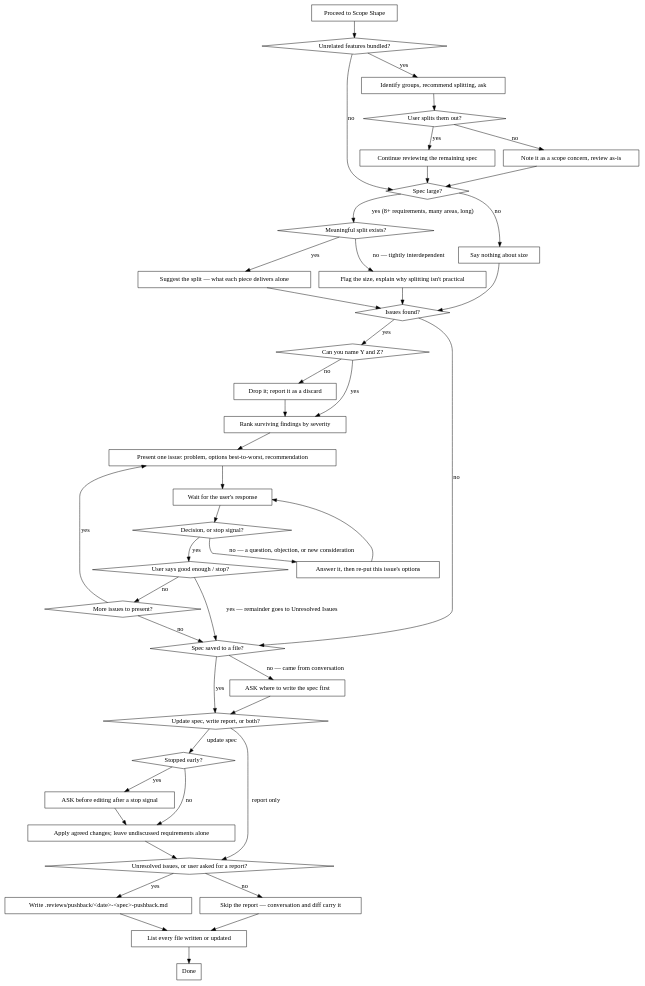
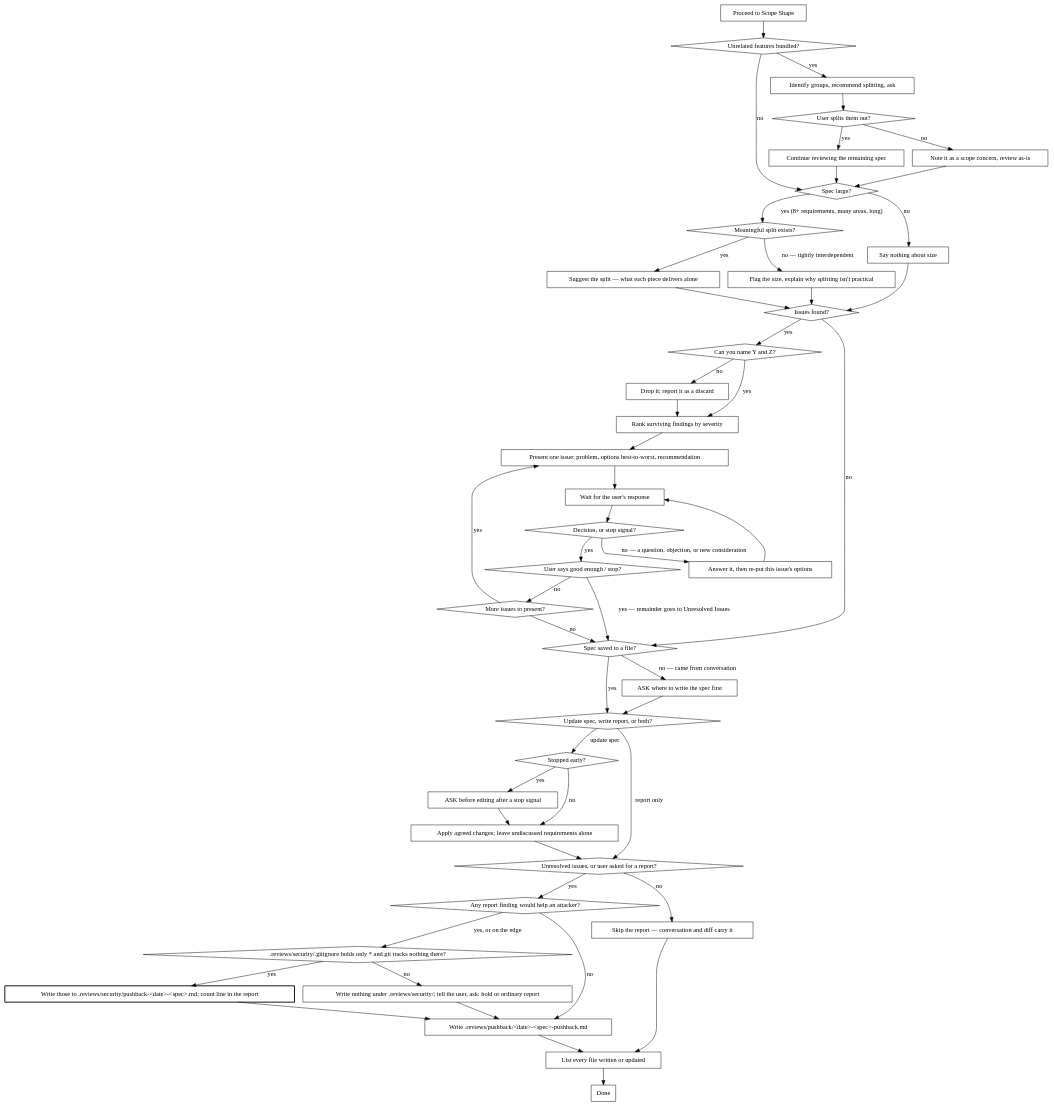
One commit to Ovid/paad changed the second of 2 diagrams in kiro_and_antigravity/skills/.kiro/skills/pushback/SKILL.md. Above: the diagram before and after it, drawn with Graphviz. The commit also changed other lines of this file and 71 other files, not shown here.

```diff
--- a/kiro_and_antigravity/skills/.kiro/skills/pushback/SKILL.md
+++ b/kiro_and_antigravity/skills/.kiro/skills/pushback/SKILL.md
@@ -81,6 +85,10 @@
   "ASK where to write the spec first" [shape=box];
   "ASK before editing after a stop signal" [shape=box];
   "Apply agreed changes; leave undiscussed requirements alone" [shape=box];
+  "Any report finding would help an attacker?" [shape=diamond];
+  "Write those to .reviews/security/pushback-<date>-<spec>.md; count line in the report" [shape=box, style=bold];
+  ".reviews/security/.gitignore holds only * and git tracks nothing there?" [shape=diamond];
+  "Write nothing under .reviews/security/; tell the user, ask: hold or ordinary report" [shape=box];
   "Write .reviews/pushback/<date>-<spec>-pushback.md" [shape=box];
   "Skip the report — conversation and diff carry it" [shape=box];
   "List every file written or updated" [shape=box];
@@ -129,7 +137,13 @@
   "Stopped early?" -> "Apply agreed changes; leave undiscussed requirements alone" [label="no"];
   "ASK before editing after a stop signal" -> "Apply agreed changes; leave undiscussed requirements alone";
   "Apply agreed changes; leave undiscussed requirements alone" -> "Unresolved issues, or user asked for a report?";
-  "Unresolved issues, or user asked for a report?" -> "Write .reviews/pushback/<date>-<spec>-pushback.md" [label="yes"];
+  "Unresolved issues, or user asked for a report?" -> "Any report finding would help an attacker?" [label="yes"];
+  "Any report finding would help an attacker?" -> ".reviews/security/.gitignore holds only * and git tracks nothing there?" [label="yes, or on the edge"];
+  "Any report finding would help an attacker?" -> "Write .reviews/pushback/<date>-<spec>-pushback.md" [label="no"];
+  "Write those to .reviews/security/pushback-<date>-<spec>.md; count line in the report" -> "Write .reviews/pushback/<date>-<spec>-pushback.md";
+  ".reviews/security/.gitignore holds only * and git tracks nothing there?" -> "Write those to .reviews/security/pushback-<date>-<spec>.md; count line in the report" [label="yes"];
+  ".reviews/security/.gitignore holds only * and git tracks nothing there?" -> "Write nothing under .reviews/security/; tell the user, ask: hold or ordinary report" [label="no"];
+  "Write nothing under .reviews/security/; tell the user, ask: hold or ordinary report" -> "Write .reviews/pushback/<date>-<spec>-pushback.md";
   "Unresolved issues, or user asked for a report?" -> "Skip the report — conversation and diff carry it" [label="no"];
   "Write .reviews/pushback/<date>-<spec>-pushback.md" -> "List every file written or updated";
   "Skip the report — conversation and diff carry it" -> "List every file written or updated";
```
